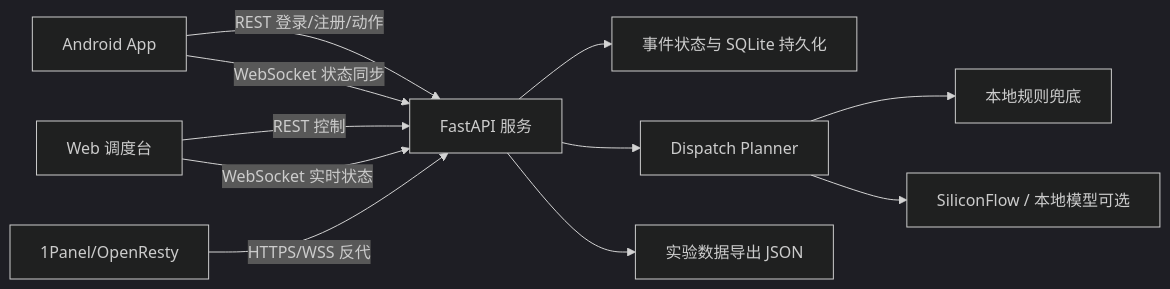
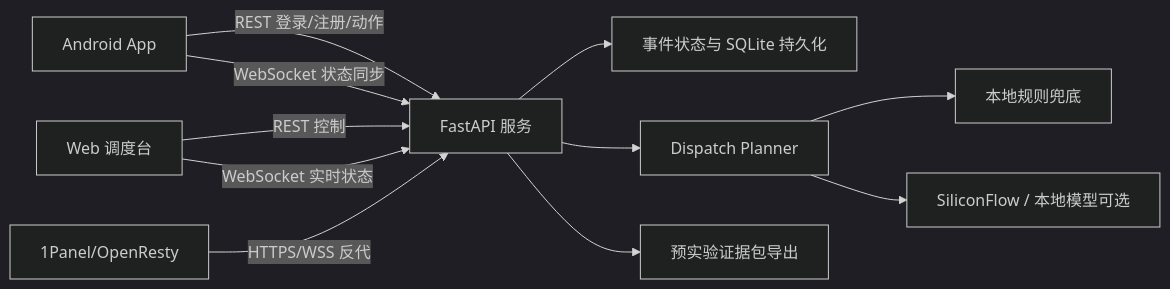
Before and after one commit to LCY2117/medical_innovation_competition: the diagram in docs/TECHNICAL_LANDING_WHITEPAPER.md, drawn with Mermaid (dark theme). The commit also changed other lines of this file and 9 other files, not shown here.

````diff
--- a/docs/TECHNICAL_LANDING_WHITEPAPER.md
+++ b/docs/TECHNICAL_LANDING_WHITEPAPER.md
@@ -56,13 +56,13 @@
 ```mermaid
 flowchart LR
   A["Android App"] -->|REST 登录/注册/动作| B["FastAPI 服务"]
   A -->|WebSocket 状态同步| B
   C["Web 调度台"] -->|REST 控制| B
   C -->|WebSocket 实时状态| B
   B --> D["事件状态与 SQLite 持久化"]
   B --> E["Dispatch Planner"]
   E --> F["本地规则兜底"]
   E --> G["SiliconFlow / 本地模型可选"]
-  B --> H["实验数据导出 JSON"]
+  B --> H["预实验证据包导出"]
   I["1Panel/OpenResty"] -->|HTTPS/WSS 反代| B
 ```
````
